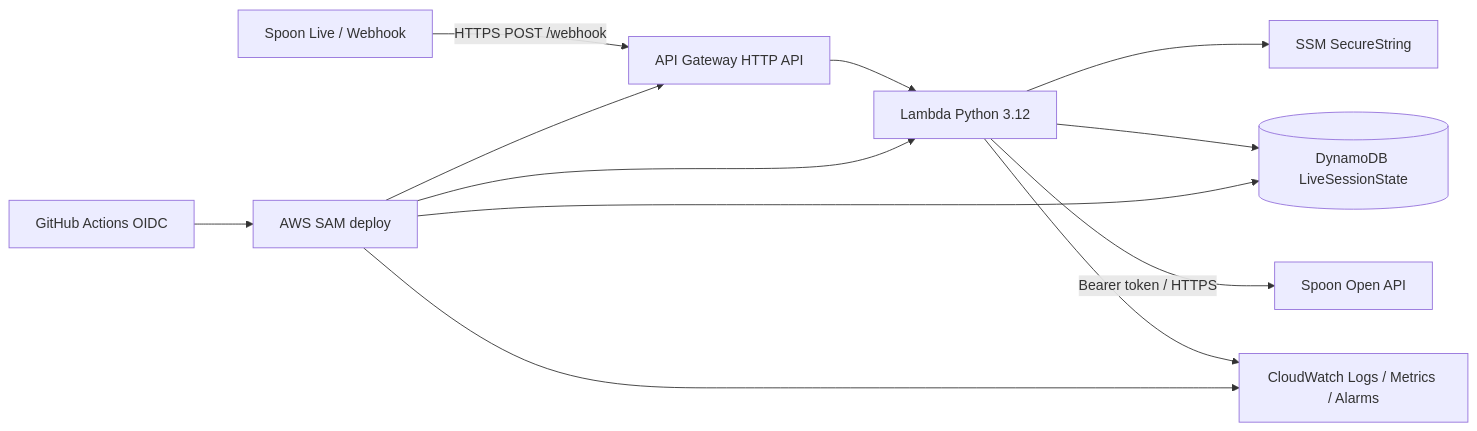
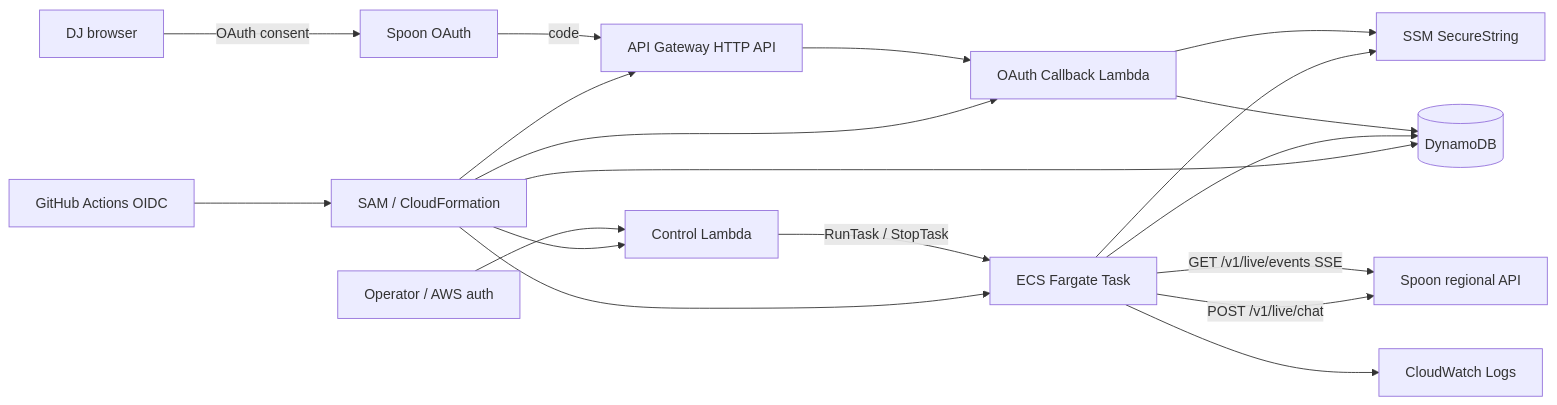
One commit to kouta811811/SpoonManagerBot changed the first of 3 diagrams in .kiro/specs/spoon-manager-bot/design.md. Above: the diagram before and after it, drawn with Mermaid. The commit also changed other lines of this file and 3 other files, not shown here.

Commit message:
docs: align bot spec with Spoon SSE API

````diff
--- a/.kiro/specs/spoon-manager-bot/design.md
+++ b/.kiro/specs/spoon-manager-bot/design.md
@@ -11,14 +9,23 @@
 ```mermaid
 flowchart LR
-    Spoon[Spoon Live / Webhook] -->|HTTPS POST /webhook| APIGW[API Gateway HTTP API]
-    APIGW --> Lambda[Lambda Python 3.12]
-    Lambda --> SSM[SSM SecureString]
-    Lambda --> DDB[(DynamoDB LiveSessionState)]
-    Lambda -->|Bearer token / HTTPS| API[Spoon Open API]
-    Lambda --> CW[CloudWatch Logs / Metrics / Alarms]
-    GHA[GitHub Actions OIDC] --> SAM[AWS SAM deploy]
-    SAM --> APIGW
-    SAM --> Lambda
-    SAM --> DDB
-    SAM --> CW
+    DJ[DJ browser] -->|OAuth consent| AUTH[Spoon OAuth]
+    AUTH -->|code| APIGW[API Gateway HTTP API]
+    APIGW --> OAUTH[OAuth Callback Lambda]
+    OAUTH --> SSM[SSM SecureString]
+    OAUTH --> DDB[(DynamoDB)]
+
+    OP[Operator / AWS auth] --> CTRL[Control Lambda]
+    CTRL -->|RunTask / StopTask| ECS[ECS Fargate Task]
+    ECS -->|GET /v1/live/events SSE| SPOON[Spoon regional API]
+    ECS -->|POST /v1/live/chat| SPOON
+    ECS --> SSM
+    ECS --> DDB
+    ECS --> CW[CloudWatch Logs]
+
+    GHA[GitHub Actions OIDC] --> IAC[SAM / CloudFormation]
+    IAC --> APIGW
+    IAC --> OAUTH
+    IAC --> CTRL
+    IAC --> ECS
+    IAC --> DDB
 ```
````
